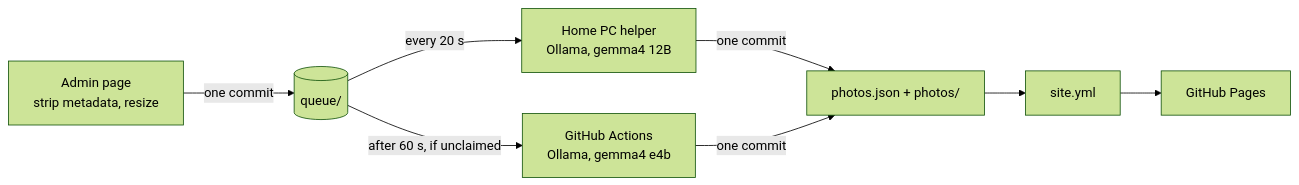
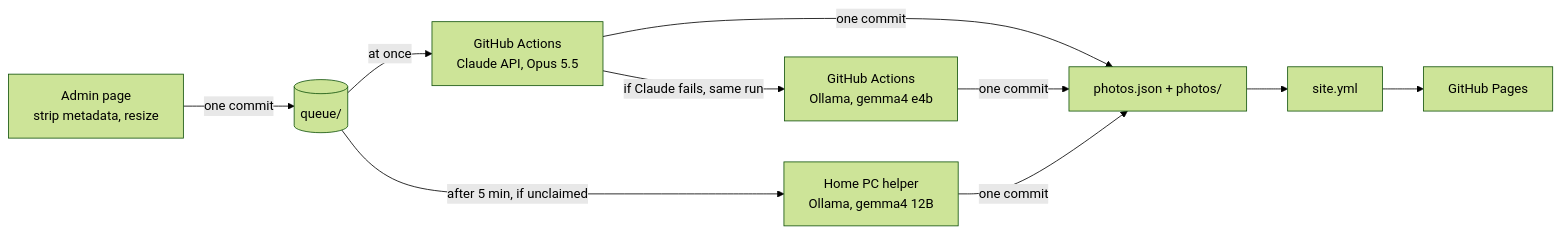
Before and after one commit to HPotty36/across-gallery: the first of 2 diagrams in README.md, drawn with Mermaid (forest theme). The commit also changed other lines of this file and 3 other files, not shown here.

Commit message:
Docs: Claude drafting, Ollama fallback, API key setup

````diff
--- a/README.md
+++ b/README.md
@@ -53,9 +55,11 @@
 ```mermaid
 flowchart LR
   A["Admin page<br/>strip metadata, resize"] -->|"one commit"| Q[("queue/")]
-  Q -->|"every 20 s"| PC["Home PC helper<br/>Ollama, gemma4 12B"]
-  Q -->|"after 60 s, if unclaimed"| GH["GitHub Actions<br/>Ollama, gemma4 e4b"]
-  PC -->|"one commit"| P["photos.json + photos/"]
-  GH -->|"one commit"| P
+  Q -->|"at once"| C["GitHub Actions<br/>Claude API, Opus 5.5"]
+  C -->|"if Claude fails, same run"| E["GitHub Actions<br/>Ollama, gemma4 e4b"]
+  Q -->|"after 5 min, if unclaimed"| PC["Home PC helper<br/>Ollama, gemma4 12B"]
+  C -->|"one commit"| P["photos.json + photos/"]
+  E -->|"one commit"| P
+  PC -->|"one commit"| P
   P --> S["site.yml"] --> G["GitHub Pages"]
 ```
````
